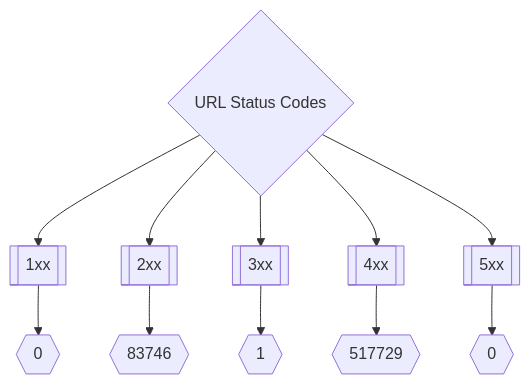
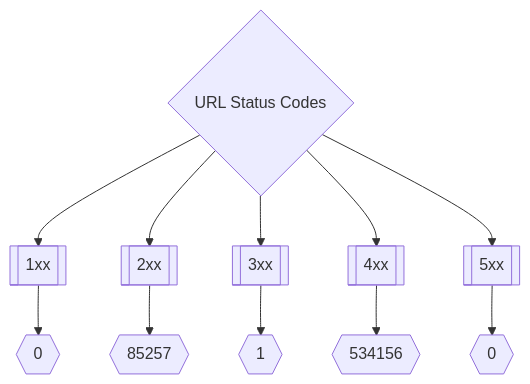
Before and after one commit to trickest/inventory: the second of 3 diagrams in README.md, drawn with Mermaid. The commit also changed other lines of this file, not shown here.

Commit message:
Update README.md Wed Jun  8 19:02:28 UTC 2022

````diff
--- a/README.md
+++ b/README.md
@@ -173,8 +173,8 @@
 ```mermaid
 graph TD
 title{URL Status Codes} --> 1xx[[1xx]] --> status1xxNum{{0}}
-title --> 2xx[[2xx]] --> status2xxNum{{83746}}
+title --> 2xx[[2xx]] --> status2xxNum{{85257}}
 title --> 3xx[[3xx]] --> status3xxNum{{1}}
-title --> 4xx[[4xx]] --> status4xxNum{{517729}}
+title --> 4xx[[4xx]] --> status4xxNum{{534156}}
 title --> 5xx[[5xx]] --> status5xxNum{{0}}
 ```
````
